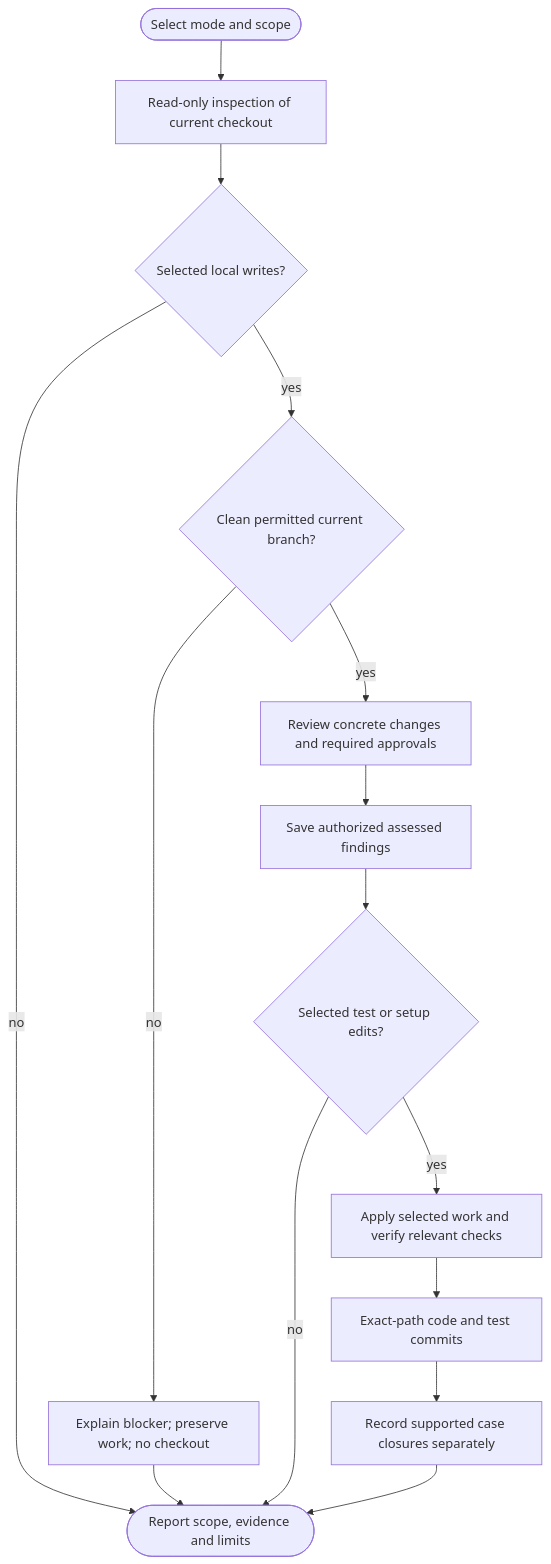
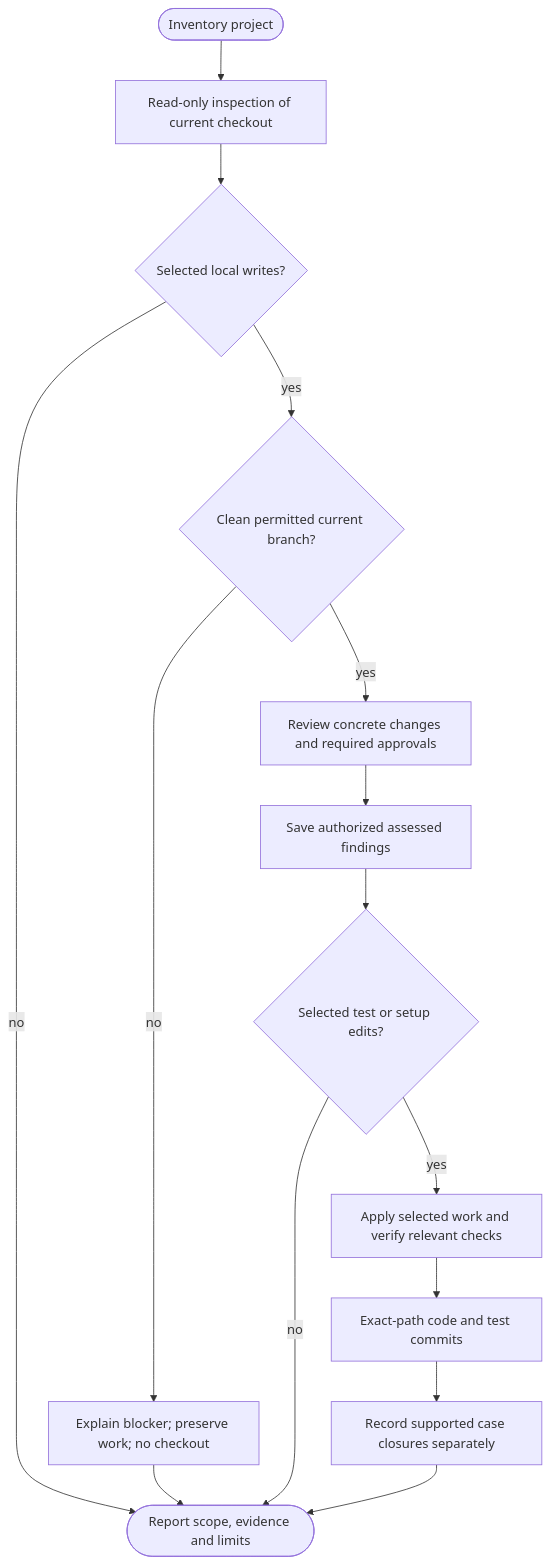
Before and after one commit to myowinthein/agent-helm: the diagram in docs/commands/test.md, drawn with Mermaid. The commit also changed other lines of this file and 10 other files, not shown here.

````diff
--- a/docs/commands/test.md
+++ b/docs/commands/test.md
@@ -42,17 +37,17 @@
 ```mermaid
 flowchart TD
-  Start([Select mode and scope]) --> Inspect[Read-only inspection of current checkout]
+  Start([Inventory project]) --> Inspect[Read-only inspection of current checkout]
   Inspect --> Write{Selected local writes?}
   Write -->|no| Report([Report scope, evidence and limits])
   Write -->|yes| Ready{Clean permitted current branch?}
   Ready -->|no| Block[Explain blocker; preserve work; no checkout]
   Block --> Report
   Ready -->|yes| Review[Review concrete changes and required approvals]
   Review --> Assessment[Save authorized assessed findings]
   Assessment --> Work{Selected test or setup edits?}
   Work -->|no| Report
   Work -->|yes| Apply[Apply selected work and verify relevant checks]
   Apply --> Commit[Exact-path code and test commits]
   Commit --> Closure[Record supported case closures separately]
   Closure --> Report
 ```
````
